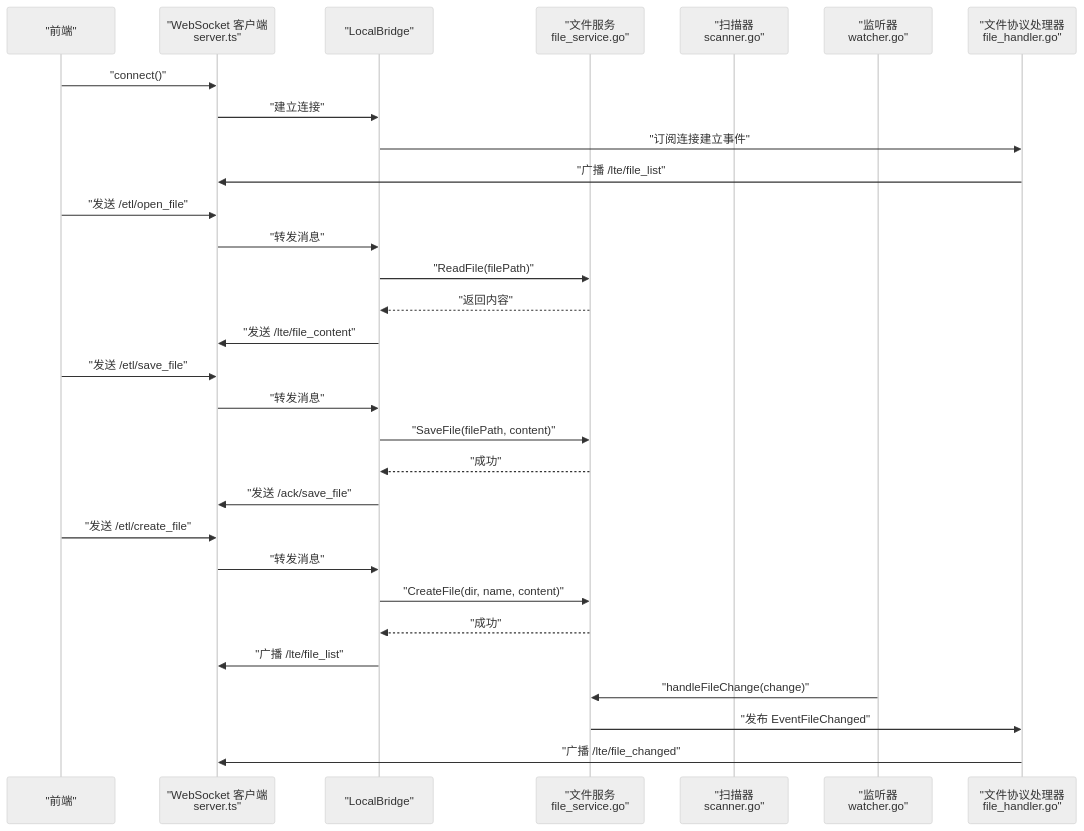
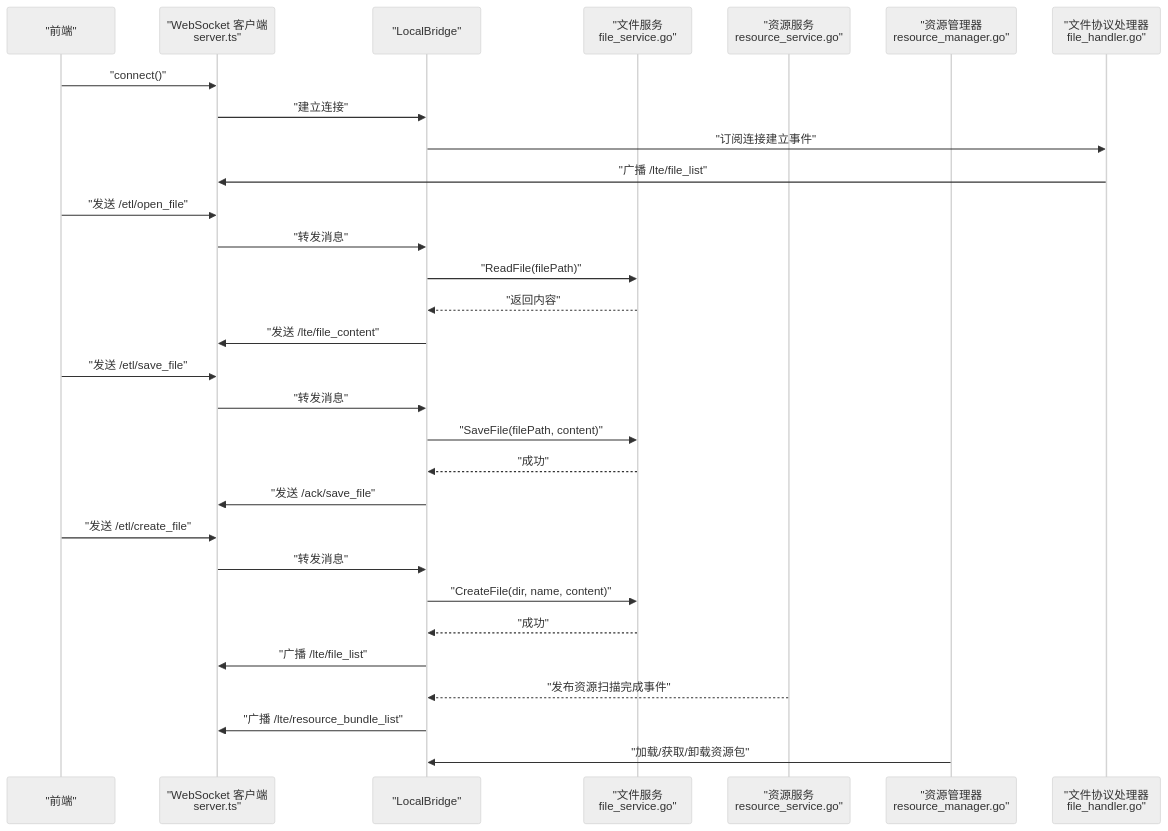
The second of 3 diagrams in .qoder/repowiki/zh/content/核心概念/本地文件管理.md (kqcoxn/MaaPipelineEditor), drawn with Mermaid (neutral theme) before and after one commit. The commit also changed other lines of this file and 10 other files, not shown here.

````diff
--- a/.qoder/repowiki/zh/content/核心概念/本地文件管理.md
+++ b/.qoder/repowiki/zh/content/核心概念/本地文件管理.md
@@ -199,32 +232,32 @@
 ```mermaid
 sequenceDiagram
 participant FE as "前端"
 participant WS as "WebSocket 客户端<br/>server.ts"
 participant LB as "LocalBridge"
-participant Svc as "文件服务<br/>file_service.go"
-participant Scan as "扫描器<br/>scanner.go"
-participant Watch as "监听器<br/>watcher.go"
-participant Proto as "文件协议处理器<br/>file_handler.go"
+participant FS as "文件服务<br/>file_service.go"
+participant RS as "资源服务<br/>resource_service.go"
+participant RM as "资源管理器<br/>resource_manager.go"
+participant FH as "文件协议处理器<br/>file_handler.go"
 FE->>WS : "connect()"
 WS->>LB : "建立连接"
-LB->>Proto : "订阅连接建立事件"
-Proto->>WS : "广播 /lte/file_list"
+LB->>FH : "订阅连接建立事件"
+FH->>WS : "广播 /lte/file_list"
 FE->>WS : "发送 /etl/open_file"
 WS->>LB : "转发消息"
-LB->>Svc : "ReadFile(filePath)"
-Svc-->>LB : "返回内容"
+LB->>FS : "ReadFile(filePath)"
+FS-->>LB : "返回内容"
 LB->>WS : "发送 /lte/file_content"
 FE->>WS : "发送 /etl/save_file"
 WS->>LB : "转发消息"
-LB->>Svc : "SaveFile(filePath, content)"
-Svc-->>LB : "成功"
+LB->>FS : "SaveFile(filePath, content)"
+FS-->>LB : "成功"
 LB->>WS : "发送 /ack/save_file"
 FE->>WS : "发送 /etl/create_file"
 WS->>LB : "转发消息"
-LB->>Svc : "CreateFile(dir, name, content)"
-Svc-->>LB : "成功"
+LB->>FS : "CreateFile(dir, name, content)"
+FS-->>LB : "成功"
 LB->>WS : "广播 /lte/file_list"
-Watch->>Svc : "handleFileChange(change)"
-Svc->>Proto : "发布 EventFileChanged"
-Proto->>WS : "广播 /lte/file_changed"
+RS-->>LB : "发布资源扫描完成事件"
+LB->>WS : "广播 /lte/resource_bundle_list"
+RM->>LB : "加载/获取/卸载资源包"
 ```
````
